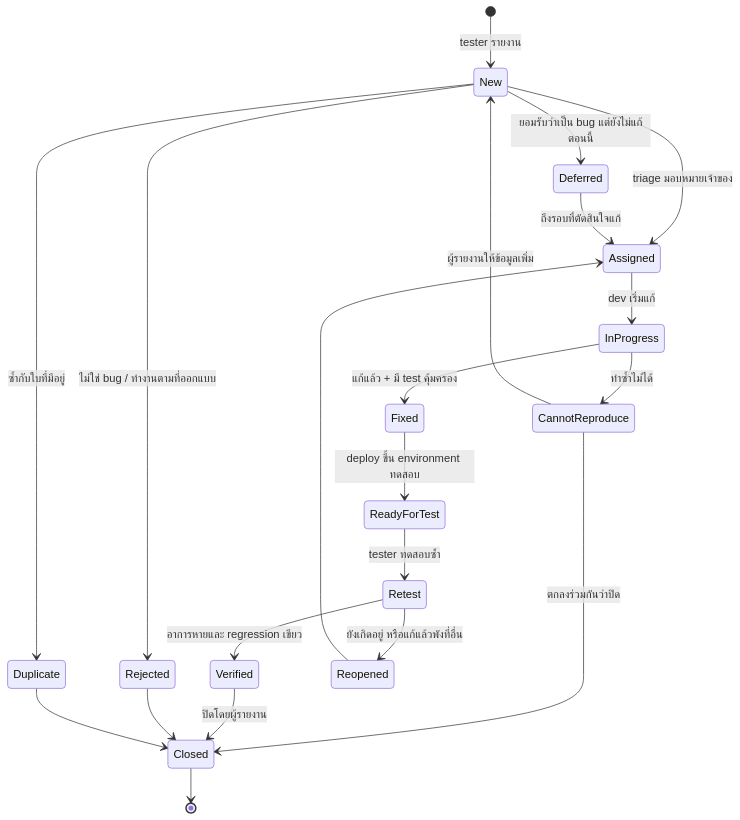
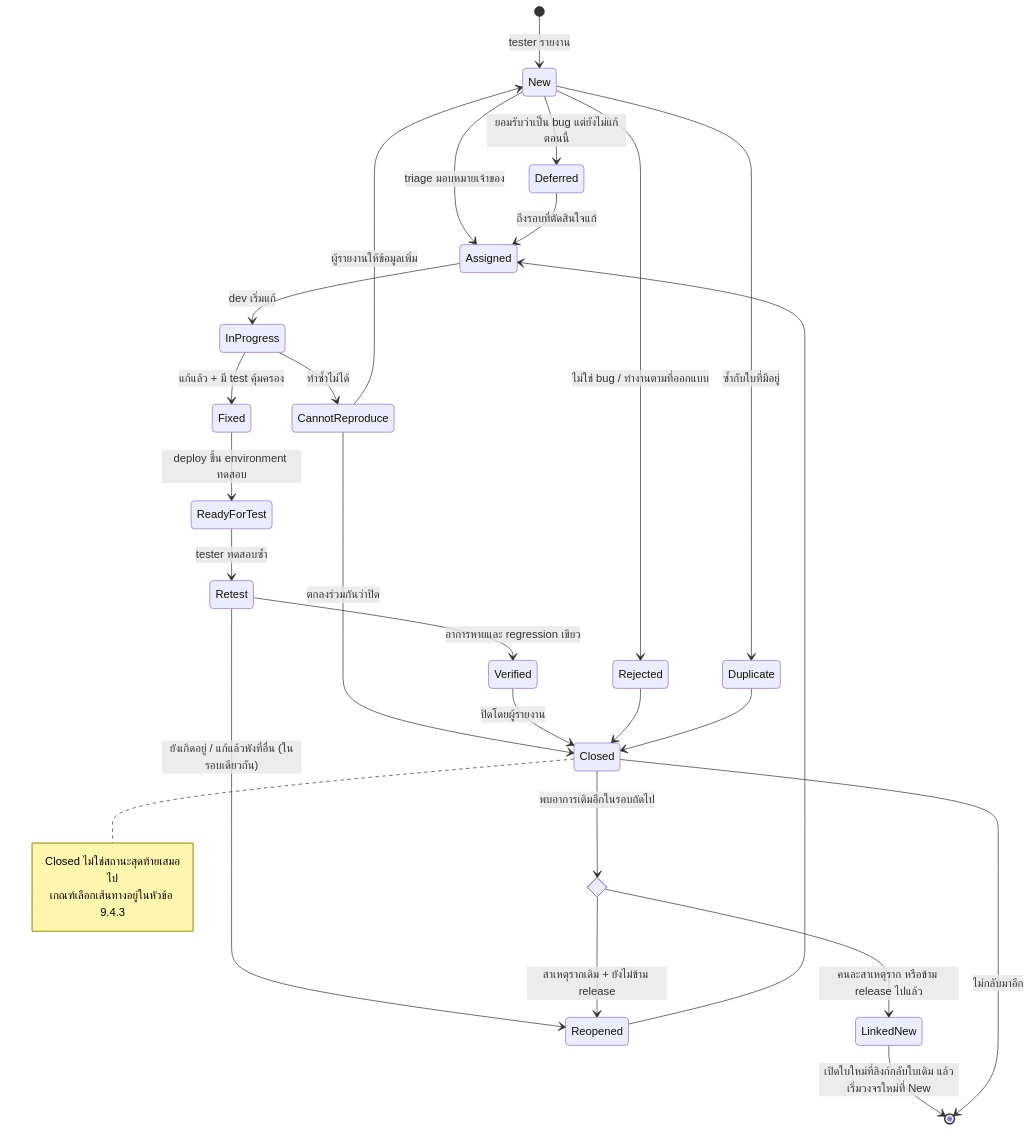
One commit to CE-SDPX/SDPX-AI changed diagram 13 of 19 in readings/03-software-testing.md. Above: the diagram before and after it, drawn with Mermaid. The commit also changed other lines of this file, not shown here.

````diff
--- a/readings/03-software-testing.md
+++ b/readings/03-software-testing.md
@@ -530,28 +530,40 @@
 ```mermaid
 stateDiagram-v2
     [*] --> New: tester รายงาน
     New --> Assigned: triage มอบหมายเจ้าของ
     New --> Rejected: ไม่ใช่ bug / ทำงานตามที่ออกแบบ
     New --> Duplicate: ซ้ำกับใบที่มีอยู่
     New --> Deferred: ยอมรับว่าเป็น bug แต่ยังไม่แก้ตอนนี้
 
     Assigned --> InProgress: dev เริ่มแก้
     InProgress --> Fixed: แก้แล้ว + มี test คุ้มครอง
     InProgress --> CannotReproduce: ทำซ้ำไม่ได้
 
     CannotReproduce --> New: ผู้รายงานให้ข้อมูลเพิ่ม
     CannotReproduce --> Closed: ตกลงร่วมกันว่าปิด
 
     Fixed --> ReadyForTest: deploy ขึ้น environment ทดสอบ
     ReadyForTest --> Retest: tester ทดสอบซ้ำ
     Retest --> Verified: อาการหายและ regression เขียว
-    Retest --> Reopened: ยังเกิดอยู่ หรือแก้แล้วพังที่อื่น
+    Retest --> Reopened: ยังเกิดอยู่ / แก้แล้วพังที่อื่น (ในรอบเดียวกัน)
 
     Reopened --> Assigned
     Verified --> Closed: ปิดโดยผู้รายงาน
     Deferred --> Assigned: ถึงรอบที่ตัดสินใจแก้
 
     Rejected --> Closed
     Duplicate --> Closed
-    Closed --> [*]
+
+    state ReFound <<choice>>
+    Closed --> ReFound: พบอาการเดิมอีกในรอบถัดไป
+    ReFound --> Reopened: สาเหตุรากเดิม + ยังไม่ข้าม release
+    ReFound --> LinkedNew: คนละสาเหตุราก หรือข้าม release ไปแล้ว
+    LinkedNew --> [*]: เปิดใบใหม่ที่ลิงก์กลับใบเดิม แล้วเริ่มวงจรใหม่ที่ New
+
+    Closed --> [*]: ไม่กลับมาอีก
+
+    note right of Closed
+        Closed ไม่ใช่สถานะสุดท้ายเสมอไป
+        เกณฑ์เลือกเส้นทางอยู่ในหัวข้อ 9.4.3
+    end note
 ```
````
